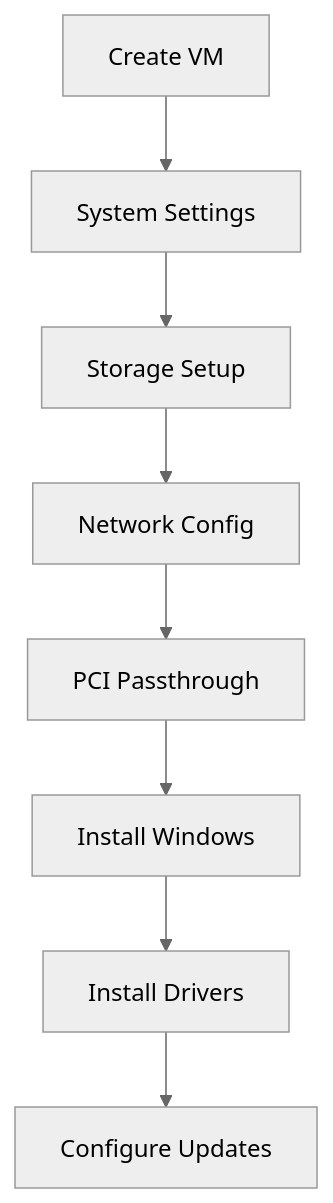
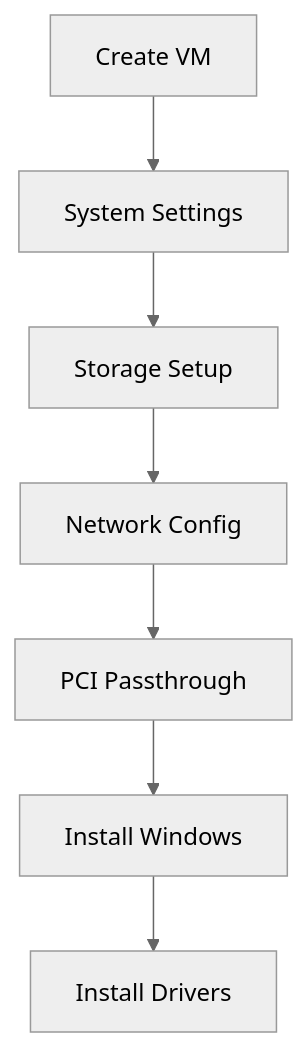
Before and after one commit to Hydepwns/nix-mox: the first of 5 diagrams in docs/guides/windows-on-proxmox.md, drawn with Mermaid (neutral theme). The commit also changed other lines of this file and 145 other files, not shown here.

````diff
--- a/docs/guides/windows-on-proxmox.md
+++ b/docs/guides/windows-on-proxmox.md
@@ -7,10 +5,9 @@
 ```mermaid
 flowchart TD
     A[Create VM] --> B[System Settings]
     B --> C[Storage Setup]
     C --> D[Network Config]
     D --> E[PCI Passthrough]
     E --> F[Install Windows]
     F --> G[Install Drivers]
-    G --> H[Configure Updates]
 ```
````
